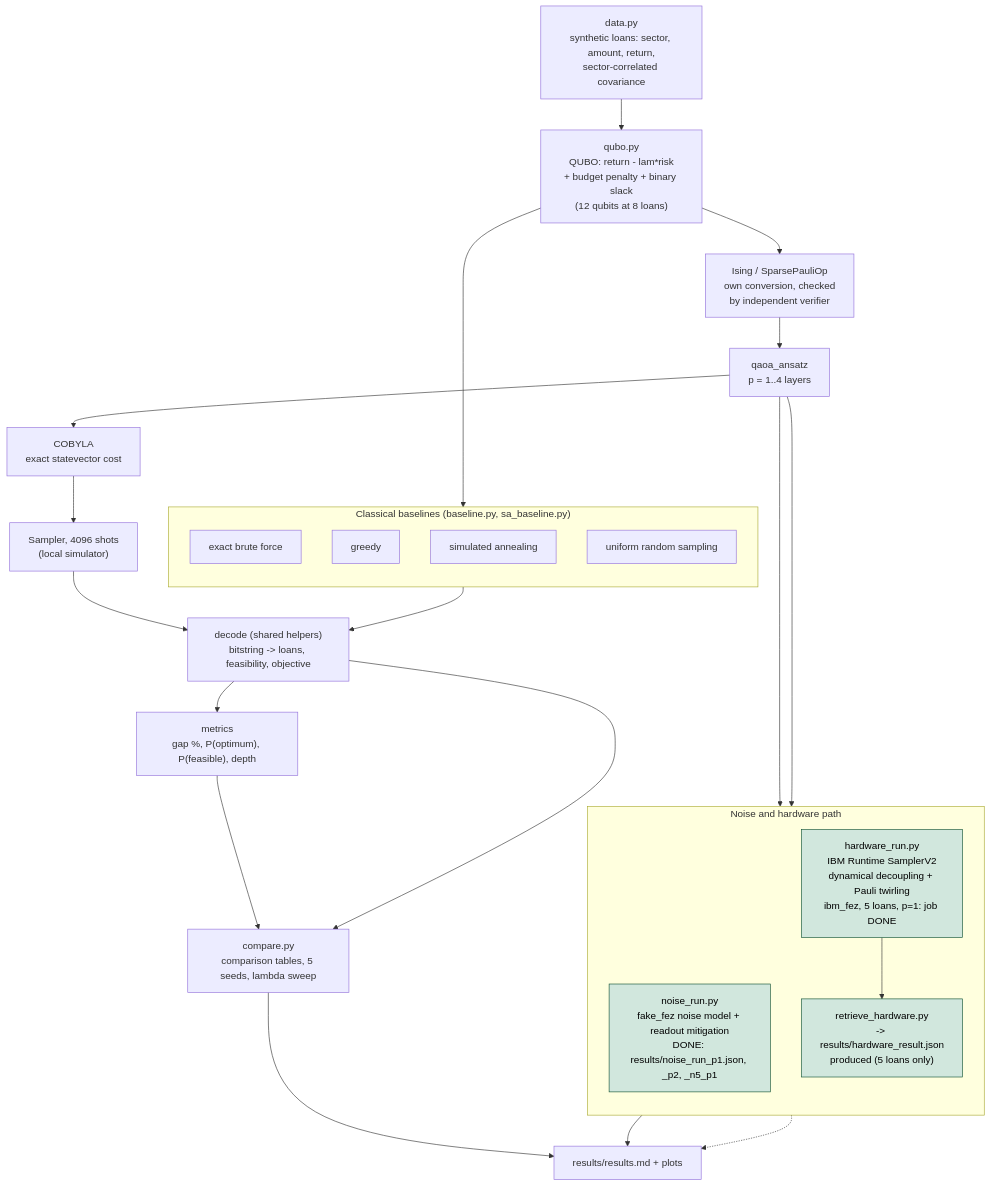
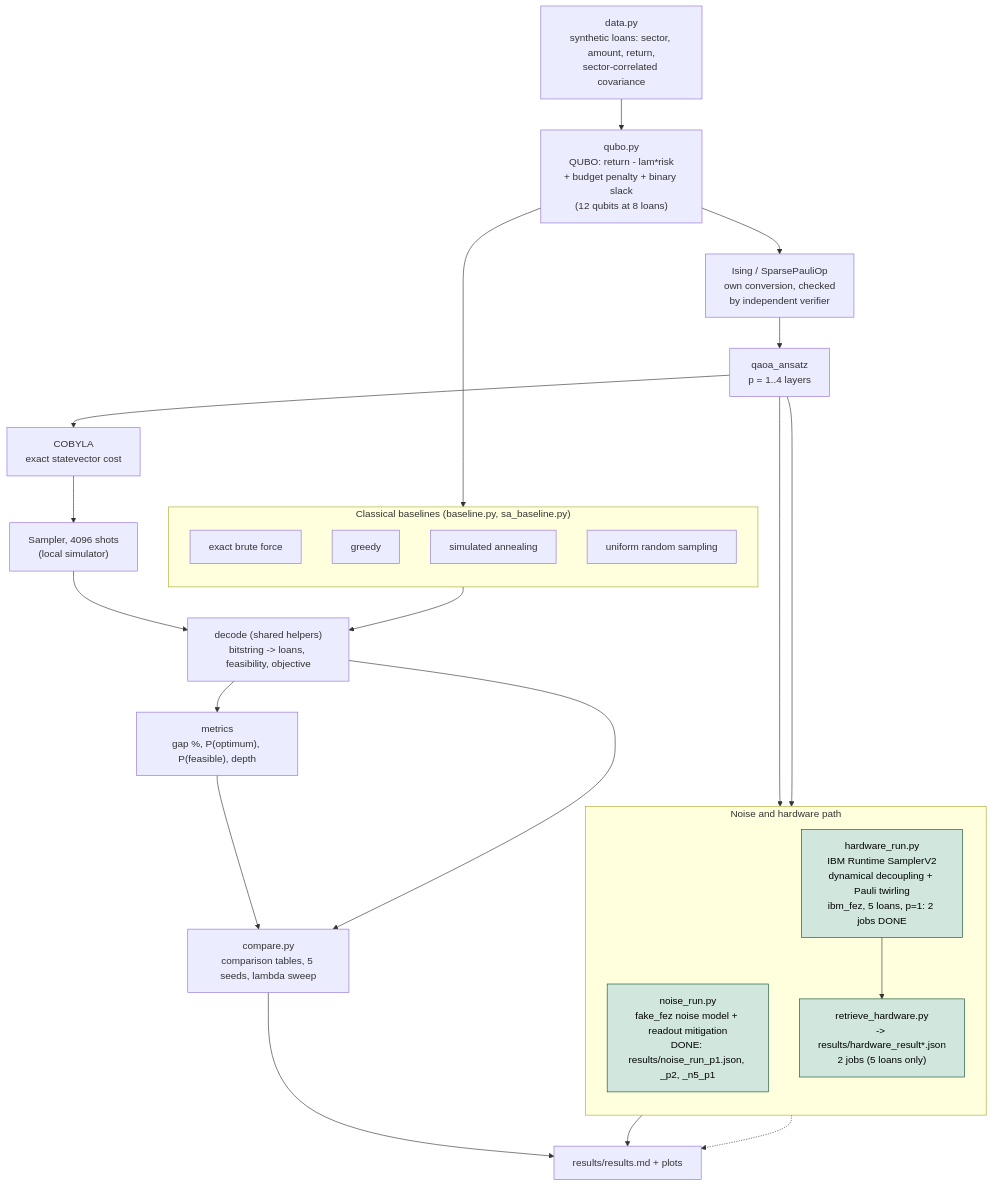
One commit to HV66/qff26-microfinance-qaoa changed the diagram in docs/architecture.mmd. Above: the diagram before and after it, drawn with Mermaid. The commit also changed 3 other files, not shown here.

First line of the commit message:
docs: describe both ibm_fez jobs and that they disagree

```diff
--- a/docs/architecture.mmd
+++ b/docs/architecture.mmd
@@ -1,43 +1,43 @@
 flowchart TD
     D["data.py<br/>synthetic loans: sector, amount, return,<br/>sector-correlated covariance"]
     Q["qubo.py<br/>QUBO: return - lam*risk<br/>+ budget penalty + binary slack<br/>(12 qubits at 8 loans)"]
     I["Ising / SparsePauliOp<br/>own conversion, checked<br/>by independent verifier"]
     A["qaoa_ansatz<br/>p = 1..4 layers"]
     C["COBYLA<br/>exact statevector cost"]
     S["Sampler, 4096 shots<br/>(local simulator)"]
     DEC["decode (shared helpers)<br/>bitstring -> loans, feasibility, objective"]
     M["metrics<br/>gap %, P(optimum), P(feasible), depth"]
 
     subgraph CL["Classical baselines (baseline.py, sa_baseline.py)"]
         direction TB
         BF["exact brute force"]
         GR["greedy"]
         SA["simulated annealing"]
         RN["uniform random sampling"]
     end
 
     CMP["compare.py<br/>comparison tables, 5 seeds, lambda sweep"]
     RES["results/results.md + plots"]
 
     subgraph HW["Noise and hardware path"]
         direction TB
         NZ["noise_run.py<br/>fake_fez noise model + readout mitigation<br/>DONE: results/noise_run_p1.json, _p2, _n5_p1"]
-        HR["hardware_run.py<br/>IBM Runtime SamplerV2<br/>dynamical decoupling + Pauli twirling<br/>ibm_fez, 5 loans, p=1: job DONE"]
-        RH["retrieve_hardware.py<br/>-> results/hardware_result.json<br/>produced (5 loans only)"]
+        HR["hardware_run.py<br/>IBM Runtime SamplerV2<br/>dynamical decoupling + Pauli twirling<br/>ibm_fez, 5 loans, p=1: 2 jobs DONE"]
+        RH["retrieve_hardware.py<br/>-> results/hardware_result*.json<br/>2 jobs (5 loans only)"]
         HR --> RH
     end
 
     D --> Q
     Q --> I --> A --> C --> S --> DEC --> M
     Q --> CL
     CL --> DEC
     M --> CMP
     DEC --> CMP
     CMP --> RES
     A --> NZ
     A --> HR
     NZ --> RES
     RH -.-> RES
 
     classDef done fill:#d1e7dd,stroke:#0f5132,color:#000;
     class HR,RH,NZ done;
```
